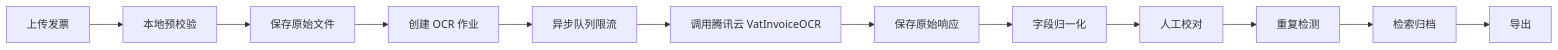
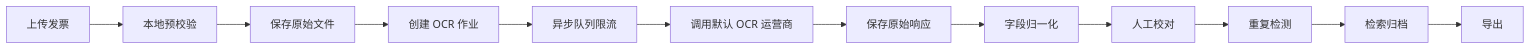
One commit to suyh1/invoice-manage changed the first of 3 diagrams in docs/design/01-overall-design.md. Above: the diagram before and after it, drawn with Mermaid. The commit also changed other lines of this file and 7 other files, not shown here.

````diff
--- a/docs/design/01-overall-design.md
+++ b/docs/design/01-overall-design.md
@@ -91,14 +109,14 @@
 ```mermaid
 flowchart LR
   A["上传发票"] --> B["本地预校验"]
   B --> C["保存原始文件"]
   C --> D["创建 OCR 作业"]
   D --> E["异步队列限流"]
-  E --> F["调用腾讯云 VatInvoiceOCR"]
+  E --> F["调用默认 OCR 运营商"]
   F --> G["保存原始响应"]
   G --> H["字段归一化"]
   H --> I["人工校对"]
   I --> J["重复检测"]
   J --> K["检索归档"]
   K --> L["导出"]
 ```
````
